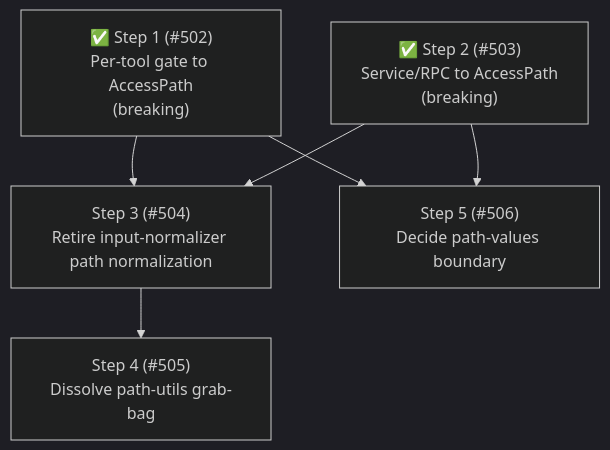
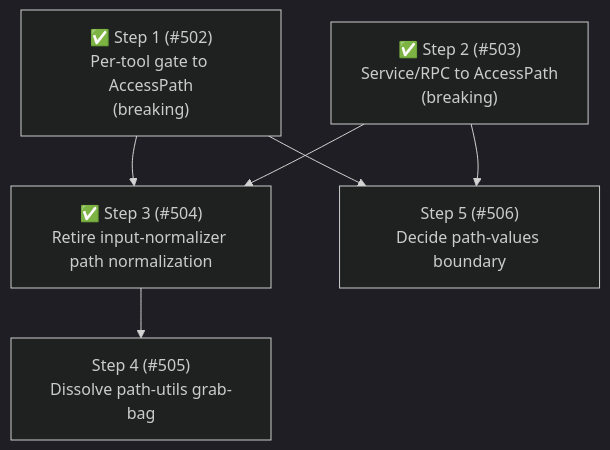
The fourth of 4 diagrams in packages/pi-permission-system/docs/architecture/architecture.md (whaoa/forked-gotgenes-pi-packages), drawn with Mermaid (dark theme) before and after one commit. The commit also changed other lines of this file and 1 other file, not shown here.

Commit message:
docs(pi-permission-system): retire path-bearing normalization; mark Phase 7 Step 3 done (#504)

````diff
--- a/packages/pi-permission-system/docs/architecture/architecture.md
+++ b/packages/pi-permission-system/docs/architecture/architecture.md
@@ -833,14 +832,14 @@
 ```mermaid
 flowchart TD
     S1["✅ Step 1 (#502)<br/>Per-tool gate to AccessPath<br/>(breaking)"]
     S2["✅ Step 2 (#503)<br/>Service/RPC to AccessPath<br/>(breaking)"]
-    S3["Step 3 (#504)<br/>Retire input-normalizer path normalization"]
+    S3["✅ Step 3 (#504)<br/>Retire input-normalizer path normalization"]
     S4["Step 4 (#505)<br/>Dissolve path-utils grab-bag"]
     S5["Step 5 (#506)<br/>Decide path-values boundary"]
 
     S1 --> S3
     S2 --> S3
     S3 --> S4
     S1 --> S5
     S2 --> S5
 ```
````
